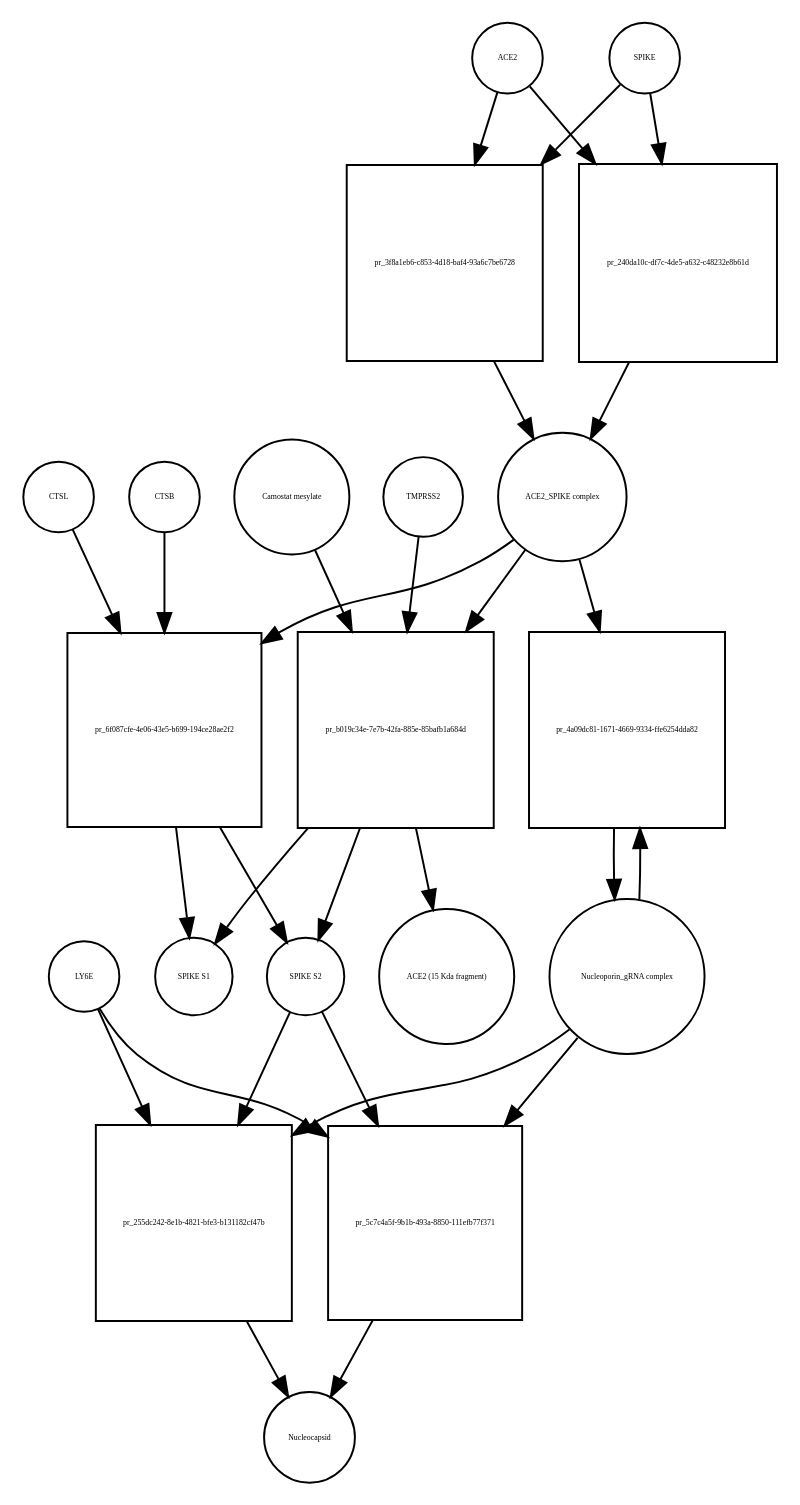
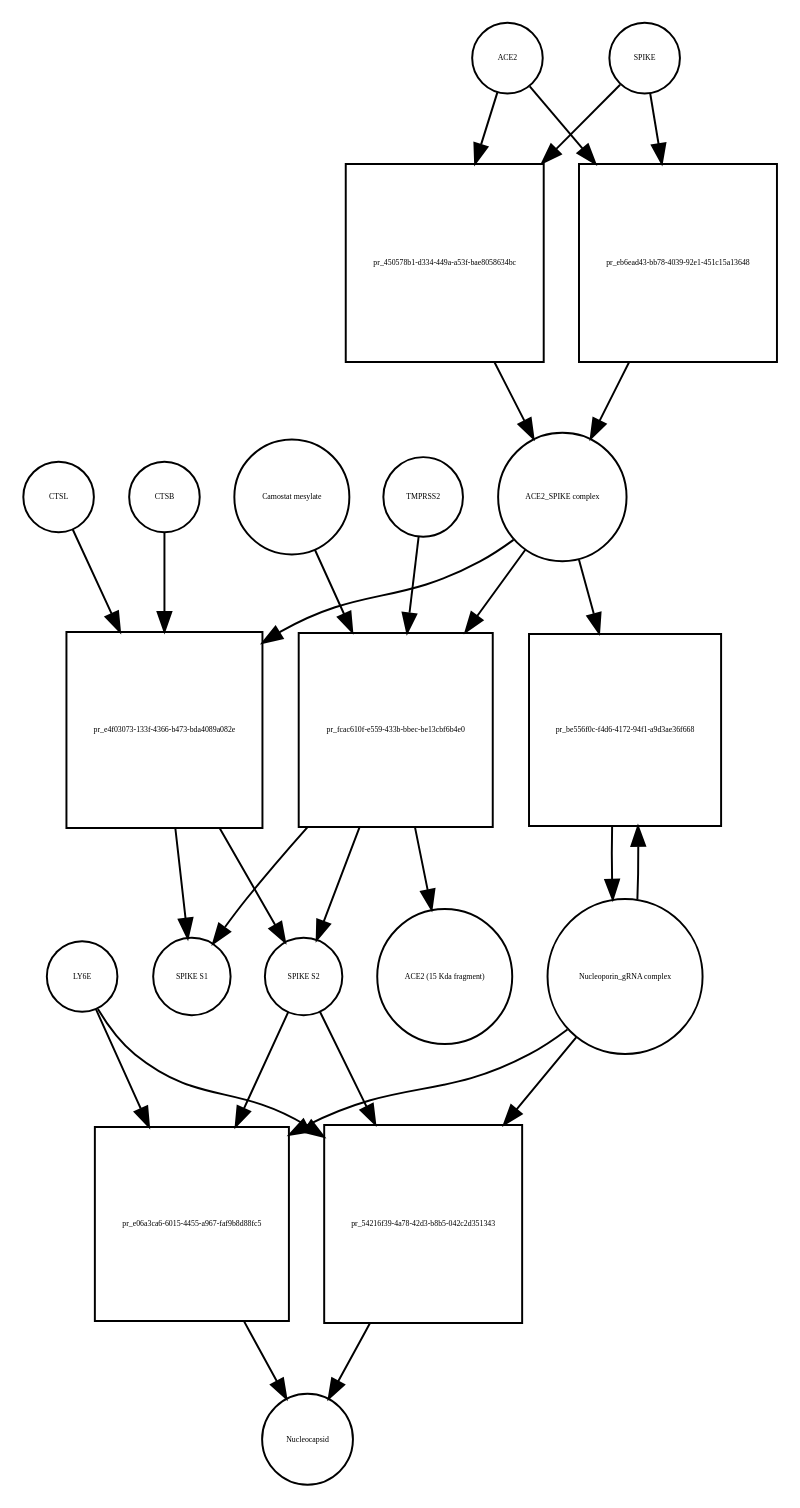
The diagram in Virus_replication_cycle_V01.xml_bipartite.dot (cannin/covid19-sbgn), drawn with Graphviz before and after one commit. The commit also changed 564 other files, not shown here.

```diff
--- a/Virus_replication_cycle_V01.xml_bipartite.dot
+++ b/Virus_replication_cycle_V01.xml_bipartite.dot
@@ -1,50 +1,50 @@
 strict digraph  {
 ACE2 [annotation="", bipartite=0, cls=macromolecule, fontsize=4, label=ACE2, shape=circle];
-"pr_3f8a1eb6-c853-4d18-baf4-93a6c7be6728" [annotation="", bipartite=1, cls=process, fontsize=4, label="pr_3f8a1eb6-c853-4d18-baf4-93a6c7be6728", shape=square];
+"pr_450578b1-d334-449a-a53f-bae8058634bc" [annotation="", bipartite=1, cls=process, fontsize=4, label="pr_450578b1-d334-449a-a53f-bae8058634bc", shape=square];
 "ACE2_SPIKE complex" [annotation="", bipartite=0, cls=complex, fontsize=4, label="ACE2_SPIKE complex", shape=circle];
 SPIKE [annotation="", bipartite=0, cls="macromolecule multimer", fontsize=4, label=SPIKE, shape=circle];
 "Nucleoporin_gRNA complex " [annotation="", bipartite=0, cls=complex, fontsize=4, label="Nucleoporin_gRNA complex ", shape=circle];
-"pr_4a09dc81-1671-4669-9334-ffe6254dda82" [annotation="", bipartite=1, cls=process, fontsize=4, label="pr_4a09dc81-1671-4669-9334-ffe6254dda82", shape=square];
-"pr_6f087cfe-4e06-43e5-b699-194ce28ae2f2" [annotation="", bipartite=1, cls=process, fontsize=4, label="pr_6f087cfe-4e06-43e5-b699-194ce28ae2f2", shape=square];
+"pr_be556f0c-f4d6-4172-94f1-a9d3ae36f668" [annotation="", bipartite=1, cls=process, fontsize=4, label="pr_be556f0c-f4d6-4172-94f1-a9d3ae36f668", shape=square];
+"pr_e4f03073-133f-4366-b473-bda4089a082e" [annotation="", bipartite=1, cls=process, fontsize=4, label="pr_e4f03073-133f-4366-b473-bda4089a082e", shape=square];
 "SPIKE S2" [annotation="", bipartite=0, cls=macromolecule, fontsize=4, label="SPIKE S2", shape=circle];
 CTSB [annotation="", bipartite=0, cls=macromolecule, fontsize=4, label=CTSB, shape=circle];
 CTSL [annotation="", bipartite=0, cls=macromolecule, fontsize=4, label=CTSL, shape=circle];
 "SPIKE S1" [annotation="", bipartite=0, cls=macromolecule, fontsize=4, label="SPIKE S1", shape=circle];
-"pr_255dc242-8e1b-4821-bfe3-b131182cf47b" [annotation="", bipartite=1, cls=process, fontsize=4, label="pr_255dc242-8e1b-4821-bfe3-b131182cf47b", shape=square];
+"pr_e06a3ca6-6015-4455-a967-faf9b8d88fc5" [annotation="", bipartite=1, cls=process, fontsize=4, label="pr_e06a3ca6-6015-4455-a967-faf9b8d88fc5", shape=square];
 Nucleocapsid [annotation="", bipartite=0, cls=complex, fontsize=4, label=Nucleocapsid, shape=circle];
 LY6E [annotation="", bipartite=0, cls=macromolecule, fontsize=4, label=LY6E, shape=circle];
-"pr_b019c34e-7e7b-42fa-885e-85bafb1a684d" [annotation="", bipartite=1, cls=process, fontsize=4, label="pr_b019c34e-7e7b-42fa-885e-85bafb1a684d", shape=square];
+"pr_fcac610f-e559-433b-bbec-be13cbf6b4e0" [annotation="", bipartite=1, cls=process, fontsize=4, label="pr_fcac610f-e559-433b-bbec-be13cbf6b4e0", shape=square];
 TMPRSS2 [annotation="", bipartite=0, cls=macromolecule, fontsize=4, label=TMPRSS2, shape=circle];
 "Camostat mesylate" [annotation="urn_miriam_pubchem.compound_2536", bipartite=0, cls="simple chemical", fontsize=4, label="Camostat mesylate", shape=circle];
 "ACE2 (15 Kda fragment)" [annotation="", bipartite=0, cls=macromolecule, fontsize=4, label="ACE2 (15 Kda fragment)", shape=circle];
-"pr_240da10c-df7c-4de5-a632-c48232e8b61d" [annotation="", bipartite=1, cls=process, fontsize=4, label="pr_240da10c-df7c-4de5-a632-c48232e8b61d", shape=square];
-"pr_5c7c4a5f-9b1b-493a-8850-111efb77f371" [annotation="", bipartite=1, cls=process, fontsize=4, label="pr_5c7c4a5f-9b1b-493a-8850-111efb77f371", shape=square];
-ACE2 -> "pr_3f8a1eb6-c853-4d18-baf4-93a6c7be6728"  [annotation="", interaction_type=consumption];
-ACE2 -> "pr_240da10c-df7c-4de5-a632-c48232e8b61d"  [annotation="", interaction_type=consumption];
-"pr_3f8a1eb6-c853-4d18-baf4-93a6c7be6728" -> "ACE2_SPIKE complex"  [annotation="", interaction_type=production];
-"ACE2_SPIKE complex" -> "pr_4a09dc81-1671-4669-9334-ffe6254dda82"  [annotation="urn_miriam_pubmed_32142651|urn_miriam_pubmed_32094589", interaction_type=stimulation];
-"ACE2_SPIKE complex" -> "pr_6f087cfe-4e06-43e5-b699-194ce28ae2f2"  [annotation="", interaction_type=consumption];
-"ACE2_SPIKE complex" -> "pr_b019c34e-7e7b-42fa-885e-85bafb1a684d"  [annotation="", interaction_type=consumption];
-SPIKE -> "pr_3f8a1eb6-c853-4d18-baf4-93a6c7be6728"  [annotation="", interaction_type=consumption];
-SPIKE -> "pr_240da10c-df7c-4de5-a632-c48232e8b61d"  [annotation="", interaction_type=consumption];
-"Nucleoporin_gRNA complex " -> "pr_4a09dc81-1671-4669-9334-ffe6254dda82"  [annotation="", interaction_type=consumption];
-"Nucleoporin_gRNA complex " -> "pr_255dc242-8e1b-4821-bfe3-b131182cf47b"  [annotation="", interaction_type=consumption];
-"Nucleoporin_gRNA complex " -> "pr_5c7c4a5f-9b1b-493a-8850-111efb77f371"  [annotation="", interaction_type=consumption];
-"pr_4a09dc81-1671-4669-9334-ffe6254dda82" -> "Nucleoporin_gRNA complex "  [annotation="", interaction_type=production];
-"pr_6f087cfe-4e06-43e5-b699-194ce28ae2f2" -> "SPIKE S2"  [annotation="", interaction_type=production];
-"pr_6f087cfe-4e06-43e5-b699-194ce28ae2f2" -> "SPIKE S1"  [annotation="", interaction_type=production];
-"SPIKE S2" -> "pr_255dc242-8e1b-4821-bfe3-b131182cf47b"  [annotation="urn_miriam_doi_10.1101%2F2020.03.05.979260|urn_miriam_pubmed_32142651|urn_miriam_pubmed_32094589", interaction_type=stimulation];
-"SPIKE S2" -> "pr_5c7c4a5f-9b1b-493a-8850-111efb77f371"  [annotation="urn_miriam_doi_10.1101%2F2020.03.05.979260", interaction_type=stimulation];
-CTSB -> "pr_6f087cfe-4e06-43e5-b699-194ce28ae2f2"  [annotation=urn_miriam_pubmed_32142651, interaction_type=catalysis];
-CTSL -> "pr_6f087cfe-4e06-43e5-b699-194ce28ae2f2"  [annotation=urn_miriam_pubmed_32142651, interaction_type=catalysis];
-"pr_255dc242-8e1b-4821-bfe3-b131182cf47b" -> Nucleocapsid  [annotation="", interaction_type=production];
-LY6E -> "pr_255dc242-8e1b-4821-bfe3-b131182cf47b"  [annotation="urn_miriam_doi_10.1101%2F2020.03.05.979260|urn_miriam_pubmed_32142651|urn_miriam_pubmed_32094589", interaction_type=inhibition];
-LY6E -> "pr_5c7c4a5f-9b1b-493a-8850-111efb77f371"  [annotation="urn_miriam_doi_10.1101%2F2020.03.05.979260", interaction_type=inhibition];
-"pr_b019c34e-7e7b-42fa-885e-85bafb1a684d" -> "SPIKE S2"  [annotation="", interaction_type=production];
-"pr_b019c34e-7e7b-42fa-885e-85bafb1a684d" -> "SPIKE S1"  [annotation="", interaction_type=production];
-"pr_b019c34e-7e7b-42fa-885e-85bafb1a684d" -> "ACE2 (15 Kda fragment)"  [annotation="", interaction_type=production];
-TMPRSS2 -> "pr_b019c34e-7e7b-42fa-885e-85bafb1a684d"  [annotation="urn_miriam_pubmed_32142651|urn_miriam_pubmed_32094589|urn_miriam_pubmed_24227843", interaction_type=catalysis];
-"Camostat mesylate" -> "pr_b019c34e-7e7b-42fa-885e-85bafb1a684d"  [annotation="urn_miriam_pubmed_32142651|urn_miriam_pubmed_32094589|urn_miriam_pubmed_24227843", interaction_type=inhibition];
-"pr_240da10c-df7c-4de5-a632-c48232e8b61d" -> "ACE2_SPIKE complex"  [annotation="", interaction_type=production];
-"pr_5c7c4a5f-9b1b-493a-8850-111efb77f371" -> Nucleocapsid  [annotation="", interaction_type=production];
+"pr_eb6ead43-bb78-4039-92e1-451c15a13648" [annotation="", bipartite=1, cls=process, fontsize=4, label="pr_eb6ead43-bb78-4039-92e1-451c15a13648", shape=square];
+"pr_54216f39-4a78-42d3-b8b5-042c2d351343" [annotation="", bipartite=1, cls=process, fontsize=4, label="pr_54216f39-4a78-42d3-b8b5-042c2d351343", shape=square];
+ACE2 -> "pr_450578b1-d334-449a-a53f-bae8058634bc"  [annotation="", interaction_type=consumption];
+ACE2 -> "pr_eb6ead43-bb78-4039-92e1-451c15a13648"  [annotation="", interaction_type=consumption];
+"pr_450578b1-d334-449a-a53f-bae8058634bc" -> "ACE2_SPIKE complex"  [annotation="", interaction_type=production];
+"ACE2_SPIKE complex" -> "pr_be556f0c-f4d6-4172-94f1-a9d3ae36f668"  [annotation="urn_miriam_pubmed_32142651|urn_miriam_pubmed_32094589", interaction_type=stimulation];
+"ACE2_SPIKE complex" -> "pr_e4f03073-133f-4366-b473-bda4089a082e"  [annotation="", interaction_type=consumption];
+"ACE2_SPIKE complex" -> "pr_fcac610f-e559-433b-bbec-be13cbf6b4e0"  [annotation="", interaction_type=consumption];
+SPIKE -> "pr_450578b1-d334-449a-a53f-bae8058634bc"  [annotation="", interaction_type=consumption];
+SPIKE -> "pr_eb6ead43-bb78-4039-92e1-451c15a13648"  [annotation="", interaction_type=consumption];
+"Nucleoporin_gRNA complex " -> "pr_be556f0c-f4d6-4172-94f1-a9d3ae36f668"  [annotation="", interaction_type=consumption];
+"Nucleoporin_gRNA complex " -> "pr_e06a3ca6-6015-4455-a967-faf9b8d88fc5"  [annotation="", interaction_type=consumption];
+"Nucleoporin_gRNA complex " -> "pr_54216f39-4a78-42d3-b8b5-042c2d351343"  [annotation="", interaction_type=consumption];
+"pr_be556f0c-f4d6-4172-94f1-a9d3ae36f668" -> "Nucleoporin_gRNA complex "  [annotation="", interaction_type=production];
+"pr_e4f03073-133f-4366-b473-bda4089a082e" -> "SPIKE S2"  [annotation="", interaction_type=production];
+"pr_e4f03073-133f-4366-b473-bda4089a082e" -> "SPIKE S1"  [annotation="", interaction_type=production];
+"SPIKE S2" -> "pr_e06a3ca6-6015-4455-a967-faf9b8d88fc5"  [annotation="urn_miriam_doi_10.1101%2F2020.03.05.979260|urn_miriam_pubmed_32142651|urn_miriam_pubmed_32094589", interaction_type=stimulation];
+"SPIKE S2" -> "pr_54216f39-4a78-42d3-b8b5-042c2d351343"  [annotation="urn_miriam_doi_10.1101%2F2020.03.05.979260", interaction_type=stimulation];
+CTSB -> "pr_e4f03073-133f-4366-b473-bda4089a082e"  [annotation=urn_miriam_pubmed_32142651, interaction_type=catalysis];
+CTSL -> "pr_e4f03073-133f-4366-b473-bda4089a082e"  [annotation=urn_miriam_pubmed_32142651, interaction_type=catalysis];
+"pr_e06a3ca6-6015-4455-a967-faf9b8d88fc5" -> Nucleocapsid  [annotation="", interaction_type=production];
+LY6E -> "pr_e06a3ca6-6015-4455-a967-faf9b8d88fc5"  [annotation="urn_miriam_doi_10.1101%2F2020.03.05.979260|urn_miriam_pubmed_32142651|urn_miriam_pubmed_32094589", interaction_type=inhibition];
+LY6E -> "pr_54216f39-4a78-42d3-b8b5-042c2d351343"  [annotation="urn_miriam_doi_10.1101%2F2020.03.05.979260", interaction_type=inhibition];
+"pr_fcac610f-e559-433b-bbec-be13cbf6b4e0" -> "SPIKE S2"  [annotation="", interaction_type=production];
+"pr_fcac610f-e559-433b-bbec-be13cbf6b4e0" -> "SPIKE S1"  [annotation="", interaction_type=production];
+"pr_fcac610f-e559-433b-bbec-be13cbf6b4e0" -> "ACE2 (15 Kda fragment)"  [annotation="", interaction_type=production];
+TMPRSS2 -> "pr_fcac610f-e559-433b-bbec-be13cbf6b4e0"  [annotation="urn_miriam_pubmed_32142651|urn_miriam_pubmed_32094589|urn_miriam_pubmed_24227843", interaction_type=catalysis];
+"Camostat mesylate" -> "pr_fcac610f-e559-433b-bbec-be13cbf6b4e0"  [annotation="urn_miriam_pubmed_32142651|urn_miriam_pubmed_32094589|urn_miriam_pubmed_24227843", interaction_type=inhibition];
+"pr_eb6ead43-bb78-4039-92e1-451c15a13648" -> "ACE2_SPIKE complex"  [annotation="", interaction_type=production];
+"pr_54216f39-4a78-42d3-b8b5-042c2d351343" -> Nucleocapsid  [annotation="", interaction_type=production];
 }
```
